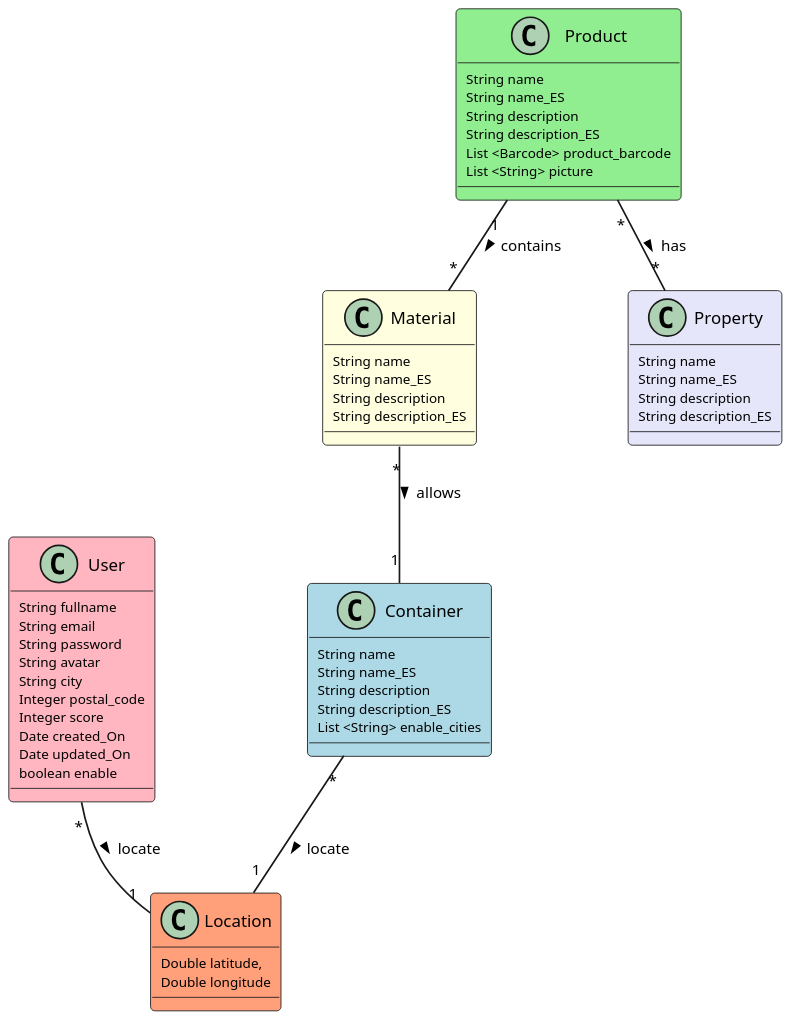
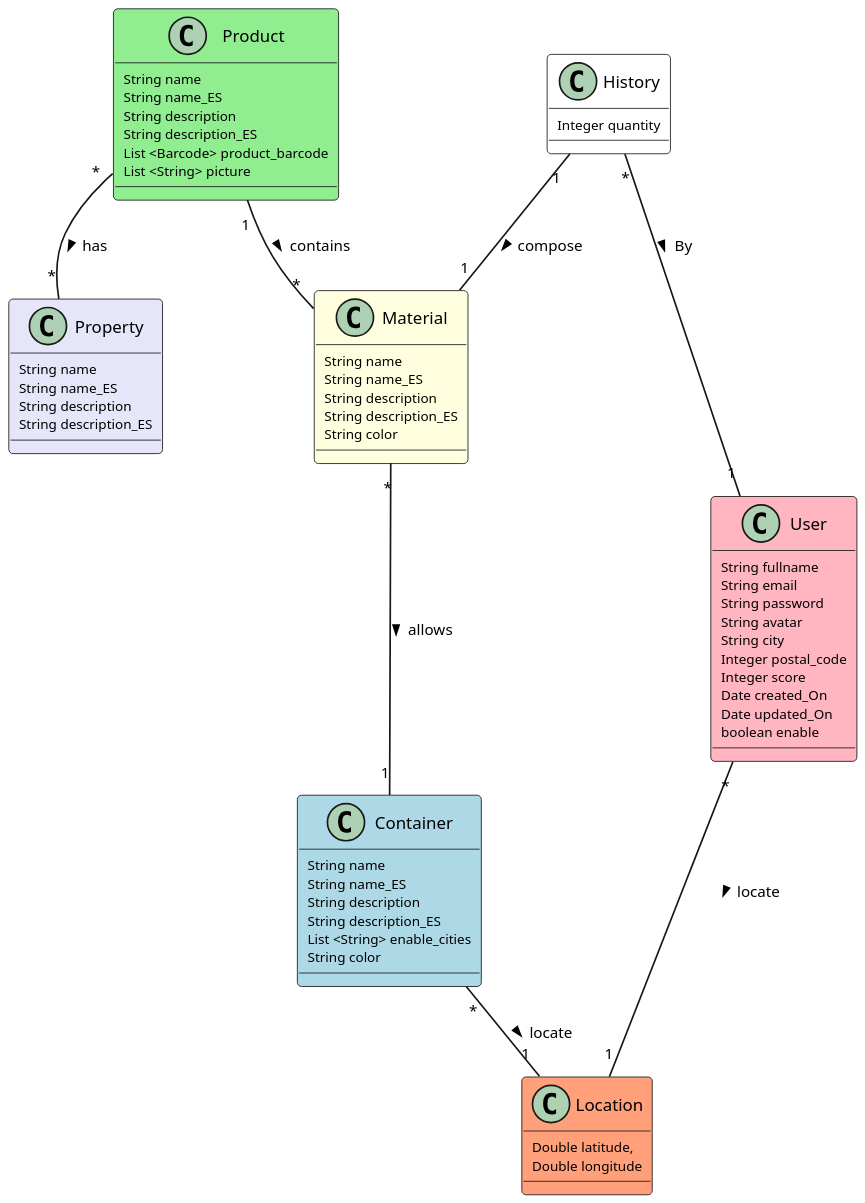
One commit to danielb05/reciclame changed the diagram in class_diagram.puml. Above: the diagram before and after it, drawn with PlantUML. The commit also changed 1 other file, not shown here.

```diff
--- a/class_diagram.puml
+++ b/class_diagram.puml
@@ -1,75 +1,82 @@
 @startuml
 skinparam dpi 200
 skinparam classAttributeFontSize 8
 skinparam classArrowFontSize 9
 skinparam classFontSize 10
 skinparam nodesep 90
 skinparam ranksep 40
 hide stereotype
 skinparam class {
 	BackgroundColor White
 	BackgroundColor<<User>> LightPink
 	BackgroundColor<<Container>> LightBlue
 	BackgroundColor<<Product>> LightGreen
 	BackgroundColor<<Material>> LightYellow
     BackgroundColor<<Size>> Crimson
 	BackgroundColor<<Location>> LightSalmon
 	BackgroundColor<<Property>> Lavender
 }
 
 class User <<User>>{
 	String fullname
 	String email
 	String password
 	String avatar
 	String city
 	Integer postal_code
 	Integer score
 	Date created_On
 	Date updated_On
 	boolean enable
 }
 
 class Location <<Location>>{
 	Double latitude,
 	Double longitude
 }
 
 class Material <<Material>>{
 	String name
 	String name_ES
 	String description
 	String description_ES
-
+	String color
 }
 
 class Container <<Container>>{
 	String name
 	String name_ES
 	String description
 	String description_ES
 	List <String> enable_cities
+	String color
 }
 
 class Product<<Product>>{
 	String name
 	String name_ES
 	String description
 	String description_ES
 	List <Barcode> product_barcode
 	List <String> picture
 }
 
 class Property <<Property>>{
 	String name
 	String name_ES
 	String description
 	String description_ES
 }
 
+class History <<History>>{
+	Integer quantity
+}
+
+History "*"-- "1" User: By >
+History "1" -- "1" Material: compose >
 Product "1" -- "*" Material: contains >
 Product "*" -- "*" Property: has >
 User "*" -- "1" Location: locate >
 Material "*" -- "1" Container: allows >
 Container"*" -- "1" Location: locate >
 @enduml
```
